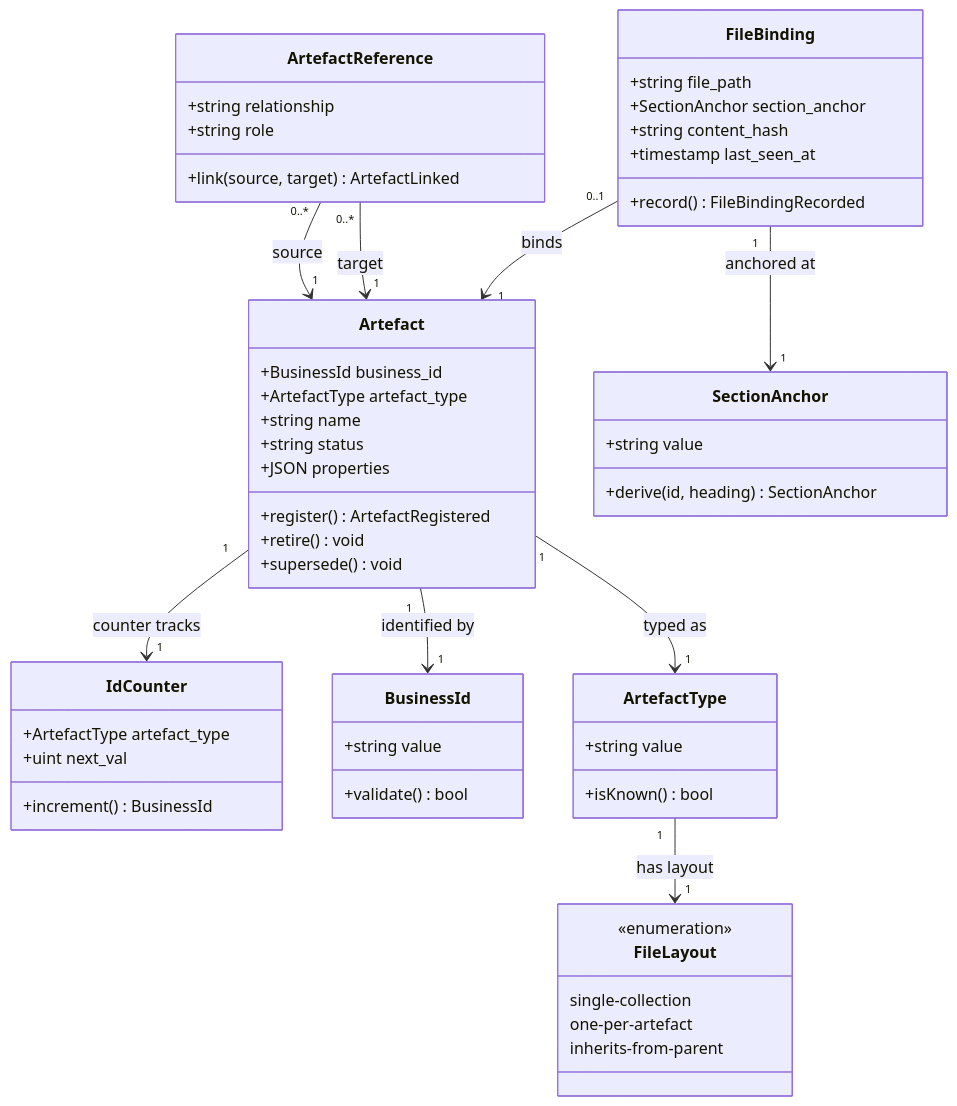
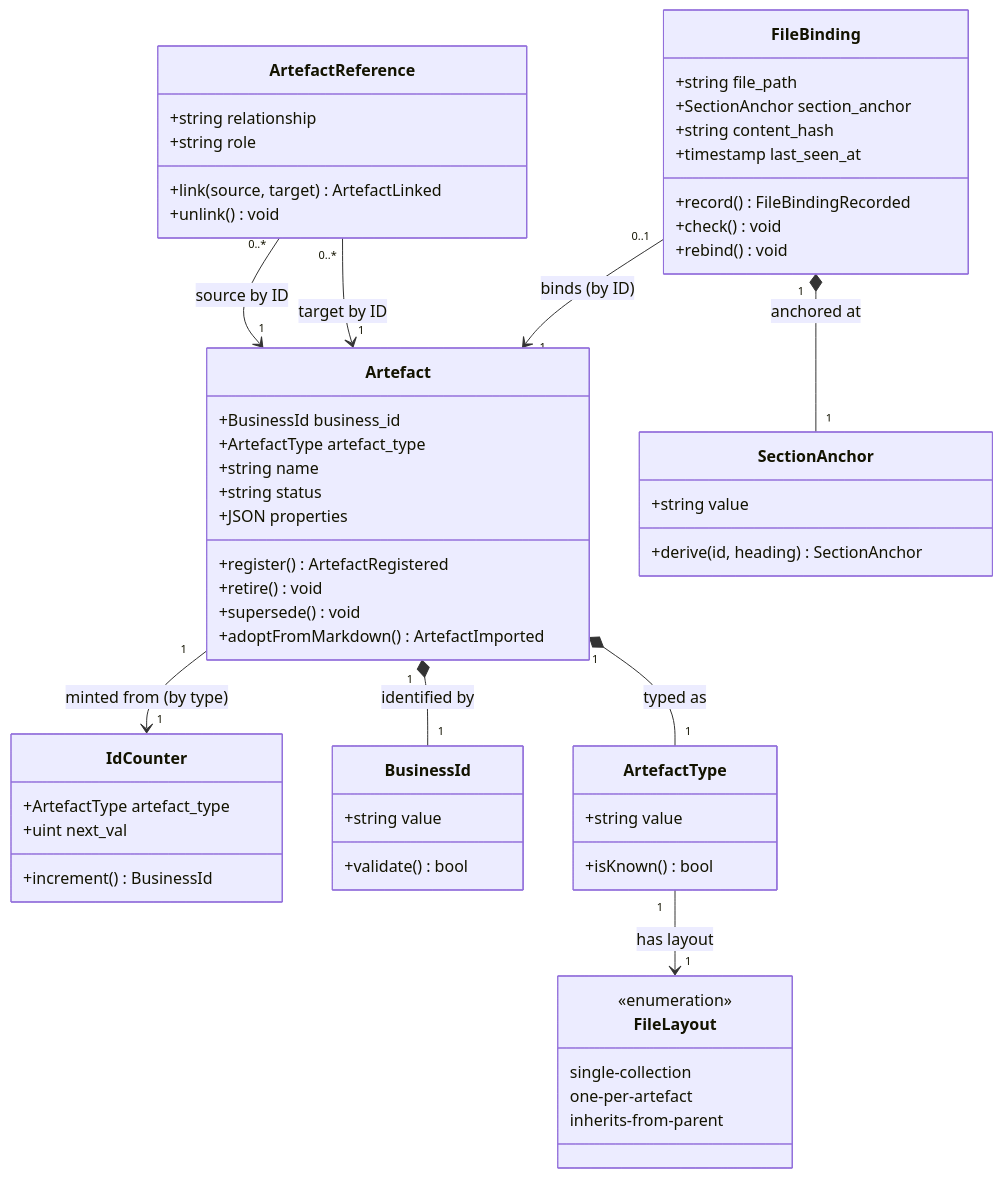
The third of 3 diagrams in docs/domain/07b-models/artefact-store.md (VictorHueni/clew), drawn with Mermaid before and after one commit. The commit also changed other lines of this file, not shown here.

````diff
--- a/docs/domain/07b-models/artefact-store.md
+++ b/docs/domain/07b-models/artefact-store.md
@@ -295,57 +476,61 @@
 ```mermaid
 classDiagram
     class Artefact {
         +BusinessId business_id
         +ArtefactType artefact_type
         +string name
         +string status
         +JSON properties
         +register() ArtefactRegistered
         +retire() void
         +supersede() void
+        +adoptFromMarkdown() ArtefactImported
     }
     class IdCounter {
         +ArtefactType artefact_type
         +uint next_val
         +increment() BusinessId
     }
     class ArtefactReference {
         +string relationship
         +string role
         +link(source, target) ArtefactLinked
+        +unlink() void
     }
     class FileBinding {
         +string file_path
         +SectionAnchor section_anchor
         +string content_hash
         +timestamp last_seen_at
         +record() FileBindingRecorded
+        +check() void
+        +rebind() void
     }
     class BusinessId {
         +string value
         +validate() bool
     }
     class SectionAnchor {
         +string value
         +derive(id, heading) SectionAnchor
     }
     class ArtefactType {
         +string value
         +isKnown() bool
     }
     class FileLayout {
         <<enumeration>>
         single-collection
         one-per-artefact
         inherits-from-parent
     }
 
-    Artefact "1" --> "1" BusinessId : identified by
-    Artefact "1" --> "1" ArtefactType : typed as
-    Artefact "1" --> "1" IdCounter : counter tracks
-    ArtefactReference "0..*" --> "1" Artefact : source
-    ArtefactReference "0..*" --> "1" Artefact : target
-    FileBinding "0..1" --> "1" Artefact : binds
-    FileBinding "1" --> "1" SectionAnchor : anchored at
+    Artefact "1" *-- "1" BusinessId : identified by
+    Artefact "1" *-- "1" ArtefactType : typed as
+    Artefact "1" --> "1" IdCounter : minted from (by type)
+    ArtefactReference "0..*" --> "1" Artefact : source by ID
+    ArtefactReference "0..*" --> "1" Artefact : target by ID
+    FileBinding "0..1" --> "1" Artefact : binds (by ID)
+    FileBinding "1" *-- "1" SectionAnchor : anchored at
     ArtefactType "1" --> "1" FileLayout : has layout
 ```
````
